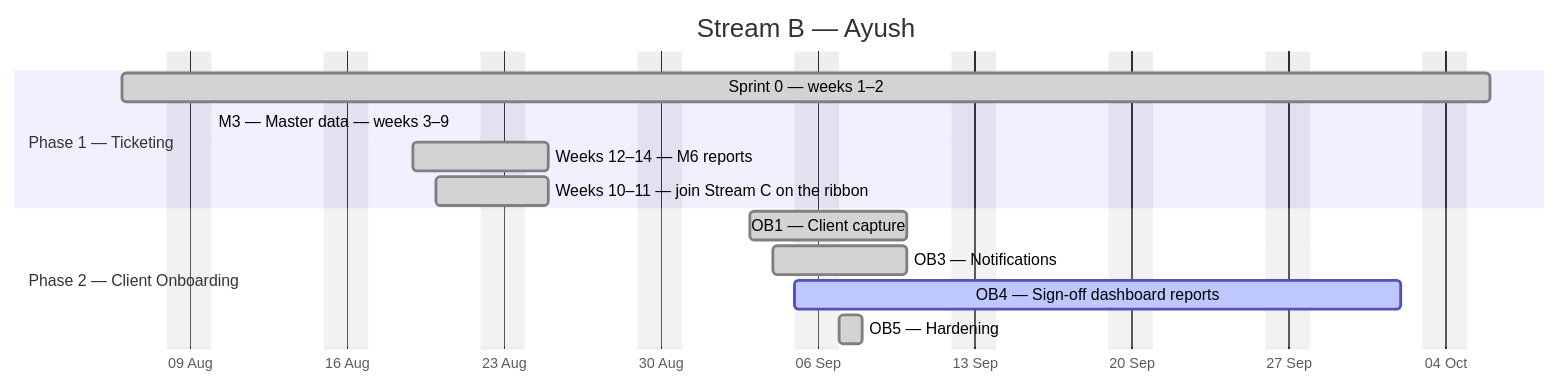
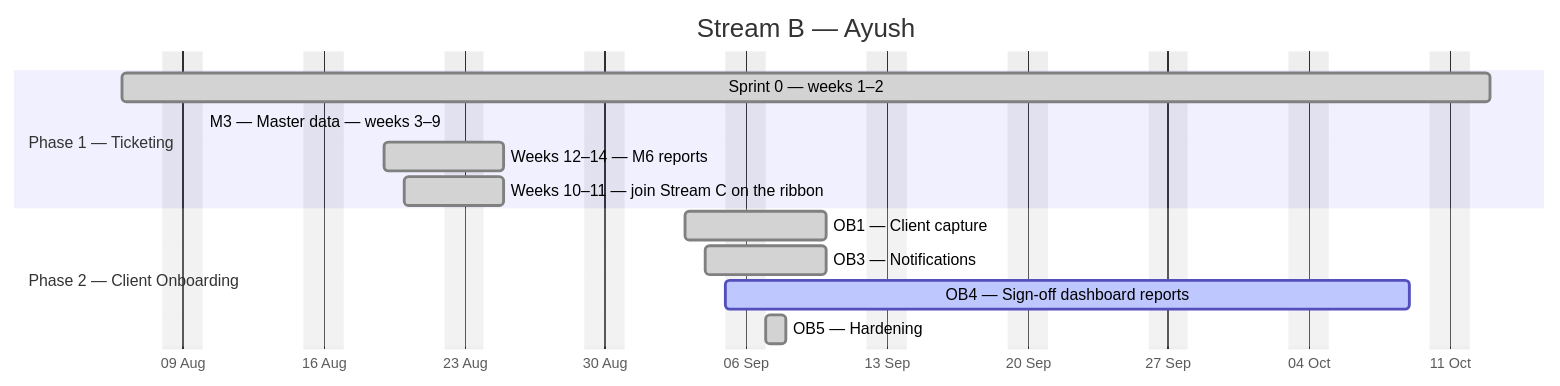
Before and after one commit to debashisedunext/EduTrack: the second of 4 diagrams in docs/plan/GANTT.md, drawn with Mermaid. The commit also changed other lines of this file and 2 other files, not shown here.

````diff
--- a/docs/plan/GANTT.md
+++ b/docs/plan/GANTT.md
@@ -135,17 +135,17 @@
 ```mermaid
 gantt
     dateFormat YYYY-MM-DD
     axisFormat %d %b
     title Stream B — Ayush
     excludes weekends
     section Phase 1 — Ticketing
-    Sprint 0 — weeks 1–2 :done, b0, 2026-08-06, 43d
-    M3 — Master data — weeks 3–9 :done, b1, 2026-08-10, -30d
+    Sprint 0 — weeks 1–2 :done, b0, 2026-08-06, 48d
+    M3 — Master data — weeks 3–9 :done, b1, 2026-08-10, -35d
     Weeks 12–14 — M6 reports :done, b2, 2026-08-19, 4d
     Weeks 10–11 — join Stream C on the ribbon :done, b3, 2026-08-20, 3d
     section Phase 2 — Client Onboarding
     OB1 — Client capture :done, b4, 2026-09-03, 5d
     OB3 — Notifications :done, b5, 2026-09-04, 4d
-    OB4 — Sign-off  dashboard  reports :active, b6, 2026-09-05, 20d
+    OB4 — Sign-off  dashboard  reports :active, b6, 2026-09-05, 25d
     OB5 — Hardening :done, b7, 2026-09-07, 1d
 ```
````
